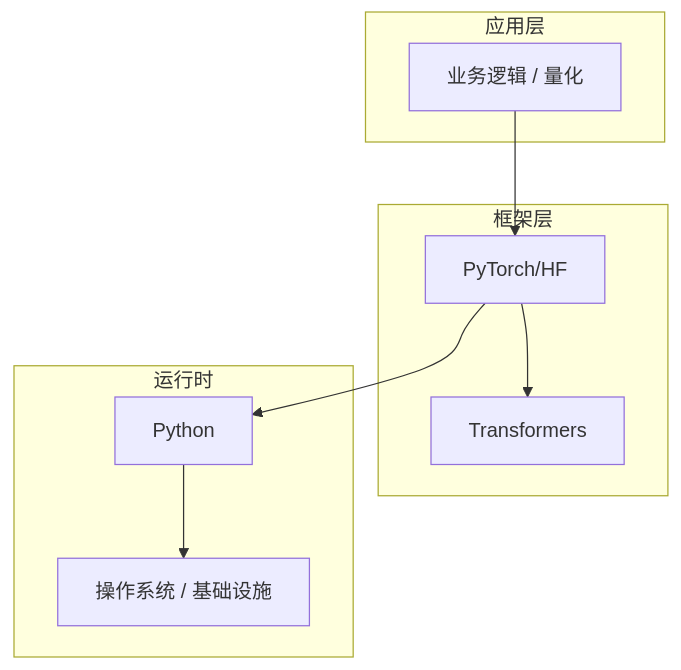
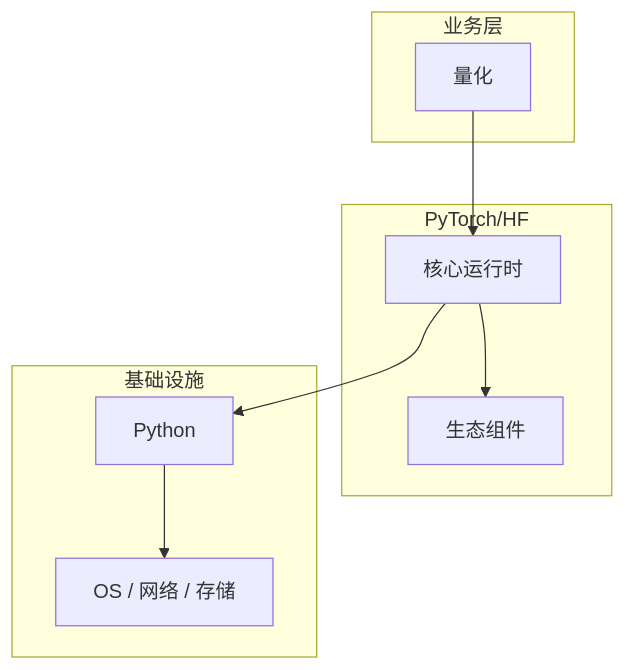
Before and after one commit to yanggan2015/knowledge-json-v2: the diagram in articles/大语言模型/chapters/123-量化核心概念与原理.md, drawn with Mermaid. The commit also changed other lines of this file and 10127 other files, not shown here.

````diff
--- a/articles/大语言模型/chapters/123-量化核心概念与原理.md
+++ b/articles/大语言模型/chapters/123-量化核心概念与原理.md
@@ -45,18 +30,18 @@
 ```mermaid
 graph TB
-    subgraph 应用层
-        A[业务逻辑 / 量化]
+    subgraph 业务层
+        A[量化]
     end
-    subgraph 框架层
-        B[PyTorch/HF]
-        C[Transformers]
+    subgraph PyTorch/HF
+        B[核心运行时]
+        C[生态组件]
     end
-    subgraph 运行时
+    subgraph 基础设施
         D[Python]
-        E[操作系统 / 基础设施]
+        E[OS / 网络 / 存储]
     end
     A --> B
     B --> C
     B --> D
     D --> E
 ```
````
